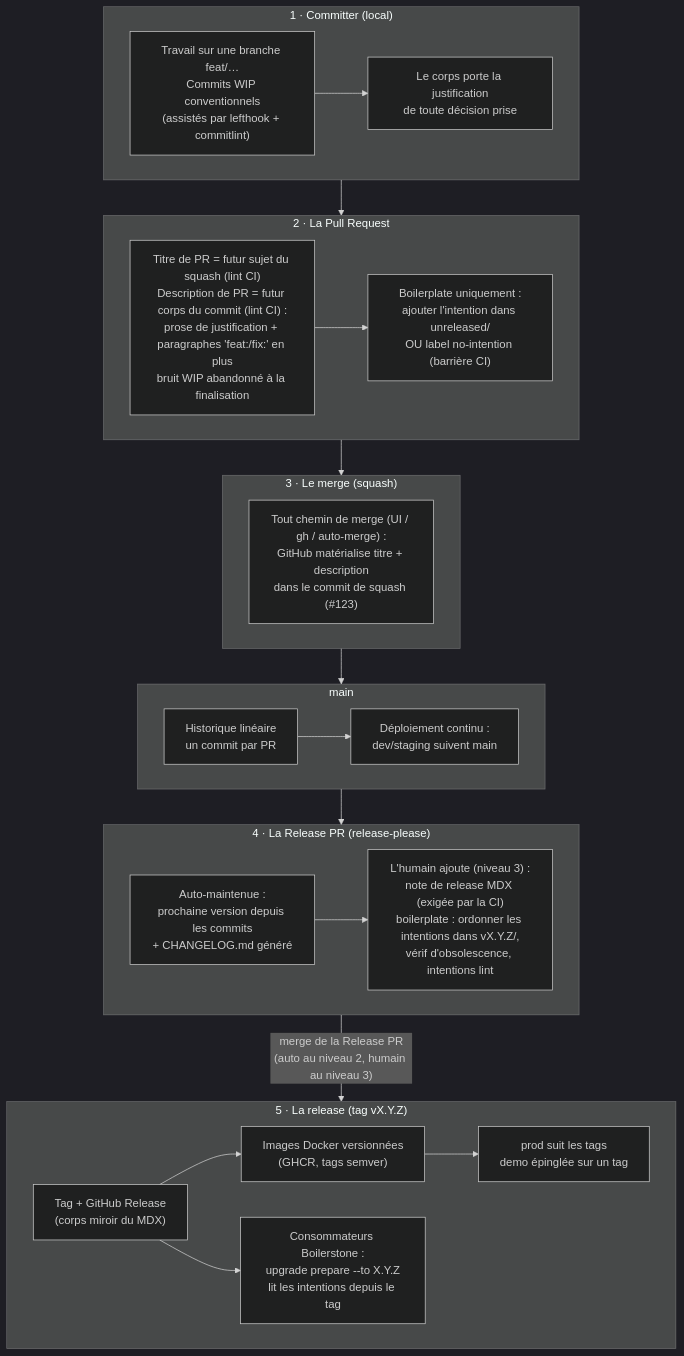
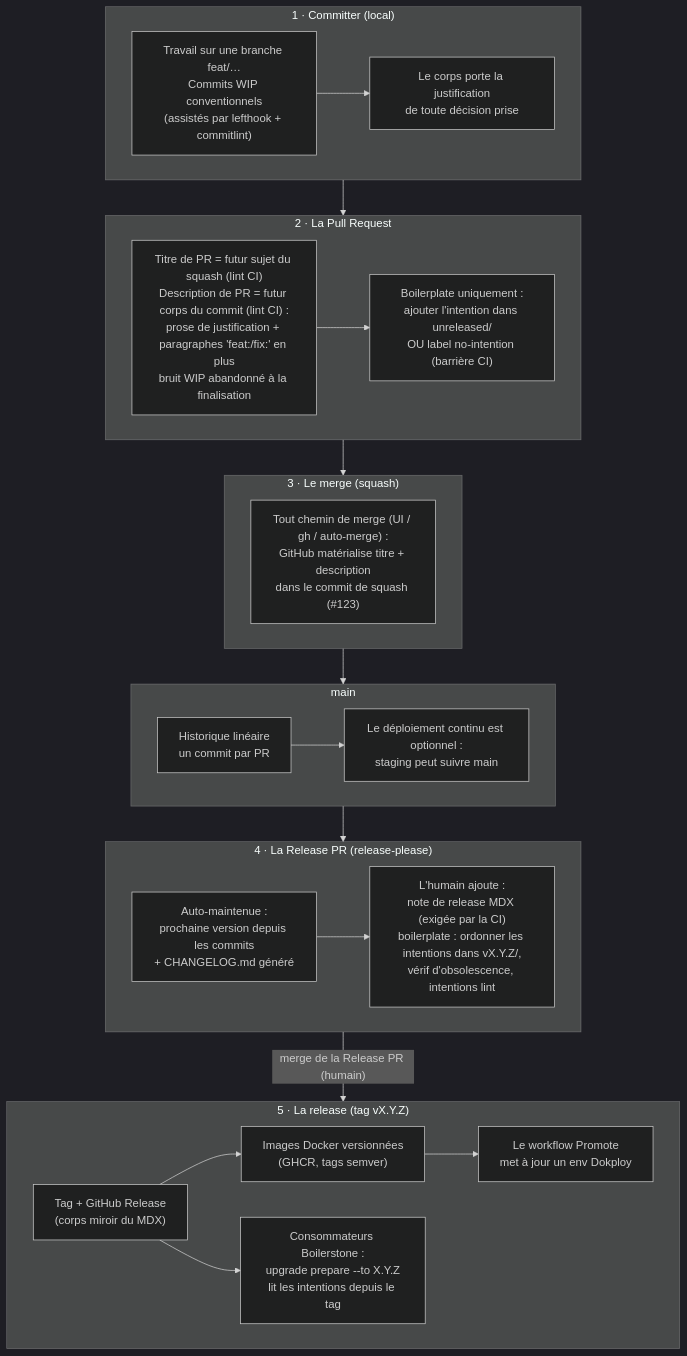
The fifth of 5 diagrams in docs/features/contribution-and-release-system/SPEC.fr.md (lonestone/lonestone-boilerplate), drawn with Mermaid (dark theme) before and after one commit. The commit also changed other lines of this file and 5 other files, not shown here.

````diff
--- a/docs/features/contribution-and-release-system/SPEC.fr.md
+++ b/docs/features/contribution-and-release-system/SPEC.fr.md
@@ -339,42 +345,42 @@
 ```mermaid
 flowchart TD
     subgraph LOCAL["1 · Committer (local)"]
         A["Travail sur une branche feat/…<br/>Commits WIP conventionnels<br/>(assistés par lefthook + commitlint)"]
         A2["Le corps porte la justification<br/>de toute décision prise"]
         A --> A2
     end
 
     subgraph PR["2 · La Pull Request"]
         B["Titre de PR = futur sujet du squash (lint CI)<br/>Description de PR = futur corps du commit (lint CI) :<br/>prose de justification + paragraphes 'feat:/fix:' en plus<br/>bruit WIP abandonné à la finalisation"]
         B2["Boilerplate uniquement :<br/>ajouter l'intention dans unreleased/<br/>OU label no-intention (barrière CI)"]
         B --> B2
     end
 
     subgraph MERGE["3 · Le merge (squash)"]
         C["Tout chemin de merge (UI / gh / auto-merge) :<br/>GitHub matérialise titre + description<br/>dans le commit de squash (#123)"]
     end
 
     subgraph MAIN["main"]
         D["Historique linéaire<br/>un commit par PR"]
-        D2["Déploiement continu :<br/>dev/staging suivent main"]
+        D2["Le déploiement continu est optionnel :<br/>staging peut suivre main"]
         D --> D2
     end
 
     subgraph RELPR["4 · La Release PR (release-please)"]
         E["Auto-maintenue :<br/>prochaine version depuis les commits<br/>+ CHANGELOG.md généré"]
-        E2["L'humain ajoute (niveau 3) :<br/>note de release MDX (exigée par la CI)<br/>boilerplate : ordonner les intentions dans vX.Y.Z/,<br/>vérif d'obsolescence, intentions lint"]
+        E2["L'humain ajoute :<br/>note de release MDX (exigée par la CI)<br/>boilerplate : ordonner les intentions dans vX.Y.Z/,<br/>vérif d'obsolescence, intentions lint"]
         E --> E2
     end
 
     subgraph REL["5 · La release (tag vX.Y.Z)"]
         F["Tag + GitHub Release<br/>(corps miroir du MDX)"]
         F2["Images Docker versionnées<br/>(GHCR, tags semver)"]
-        F3["prod suit les tags<br/>demo épinglée sur un tag"]
+        F3["Le workflow Promote<br/>met à jour un env Dokploy"]
         F4["Consommateurs Boilerstone :<br/>upgrade prepare --to X.Y.Z<br/>lit les intentions depuis le tag"]
         F --> F2 --> F3
         F --> F4
     end
 
     LOCAL --> PR --> MERGE --> MAIN --> RELPR
-    RELPR -->|"merge de la Release PR<br/>(auto au niveau 2, humain au niveau 3)"| REL
+    RELPR -->|"merge de la Release PR (humain)"| REL
 ```
````
